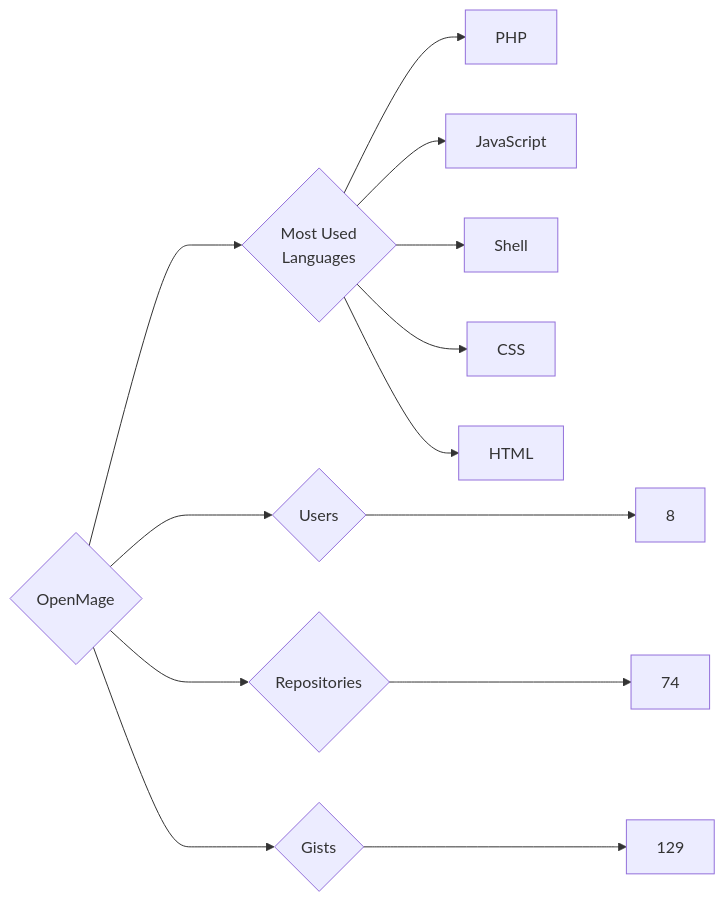
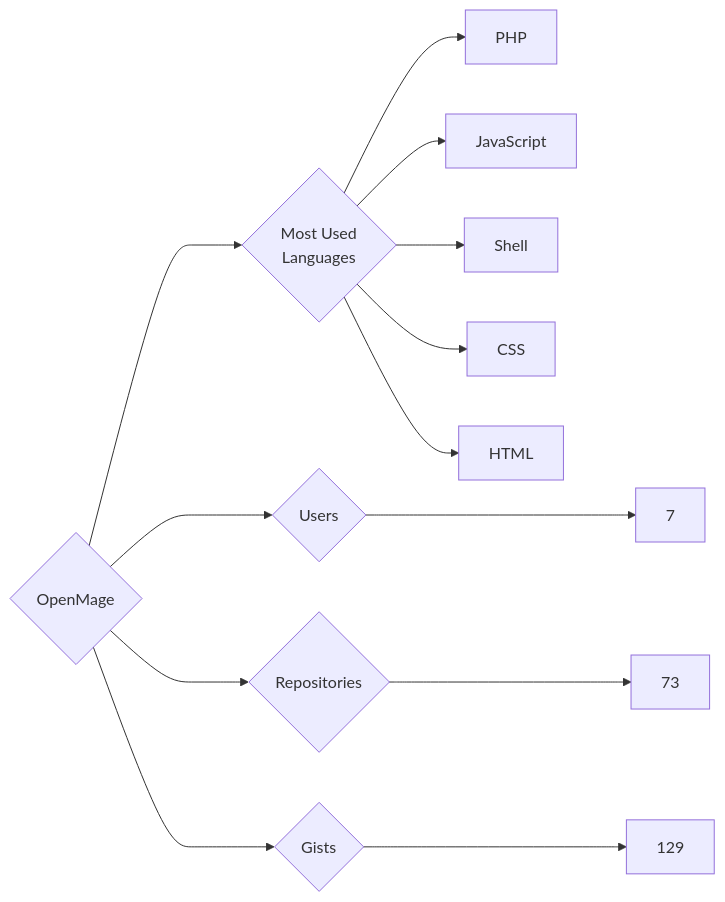
The diagram in targets/OpenMage/README.md (trickest/insiders), drawn with Mermaid before and after one commit. The commit also changed 1389 other files, not shown here.

````diff
--- a/targets/OpenMage/README.md
+++ b/targets/OpenMage/README.md
@@ -3,13 +3,13 @@
 ```mermaid
 graph LR
 COMPANY_NAME{OpenMage}
-COMPANY_NAME ---> U{Users} ---> UN[8]
-COMPANY_NAME ---> R{Repositories} ---> RN[74]
+COMPANY_NAME ---> U{Users} ---> UN[7]
+COMPANY_NAME ---> R{Repositories} ---> RN[73]
 COMPANY_NAME ---> G{Gists} ---> GN[129]
 COMPANY_NAME ---> ML{Most Used<br>Languages}
 ML --> PHP[PHP]
 ML --> JavaScript[JavaScript]
 ML --> Shell[Shell]
 ML --> CSS[CSS]
 ML --> HTML[HTML]
 ```
````
